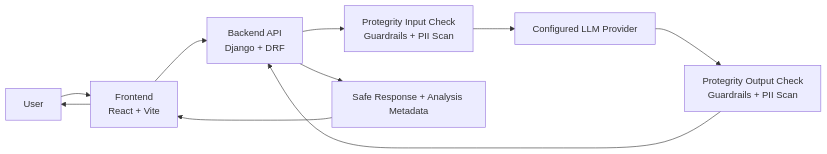
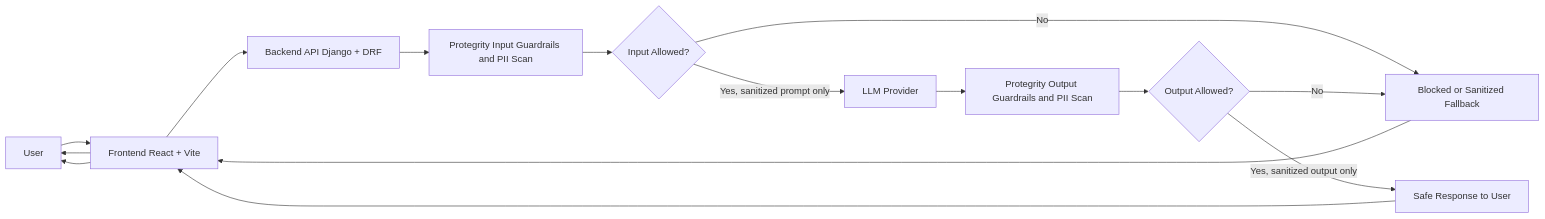
One commit to danielbrianjohnson/protegrity-developer-edition changed the diagram in examples/developer-experience/protegrity-ai-llm/docs/architecture.md. Above: the diagram before and after it, drawn with Mermaid.

Commit message:
Update flow diagram in architecture documentation for improved clarity on input/output processing

````diff
--- a/examples/developer-experience/protegrity-ai-llm/docs/architecture.md
+++ b/examples/developer-experience/protegrity-ai-llm/docs/architecture.md
@@ -21,20 +21,20 @@
 ```mermaid
 flowchart LR
 	U[User]
-	F[Frontend\nReact + Vite]
-	B[Backend API\nDjango + DRF]
-	PI[Protegrity Input Check\nGuardrails + PII Scan]
-	LLM[Configured LLM Provider]
-	PO[Protegrity Output Check\nGuardrails + PII Scan]
-	R[Safe Response + Analysis Metadata]
+	F[Frontend React + Vite]
+	B[Backend API Django + DRF]
+	PI[Protegrity Input Guardrails and PII Scan]
+	IB{Input Allowed?}
+	LLM[LLM Provider]
+	PO[Protegrity Output Guardrails and PII Scan]
+	OB{Output Allowed?}
+	S[Safe Response to User]
+	X[Blocked or Sanitized Fallback]
 
-	U --> F
-	F --> B
-	B --> PI
-	PI --> LLM
-	LLM --> PO
-	PO --> B
-	B --> R
-	R --> F
-	F --> U
+	U --> F --> B --> PI --> IB
+	IB -- No --> X --> F --> U
+	IB -- Yes, sanitized prompt only --> LLM
+	LLM --> PO --> OB
+	OB -- No --> X
+	OB -- Yes, sanitized output only --> S --> F --> U
 ```
````
